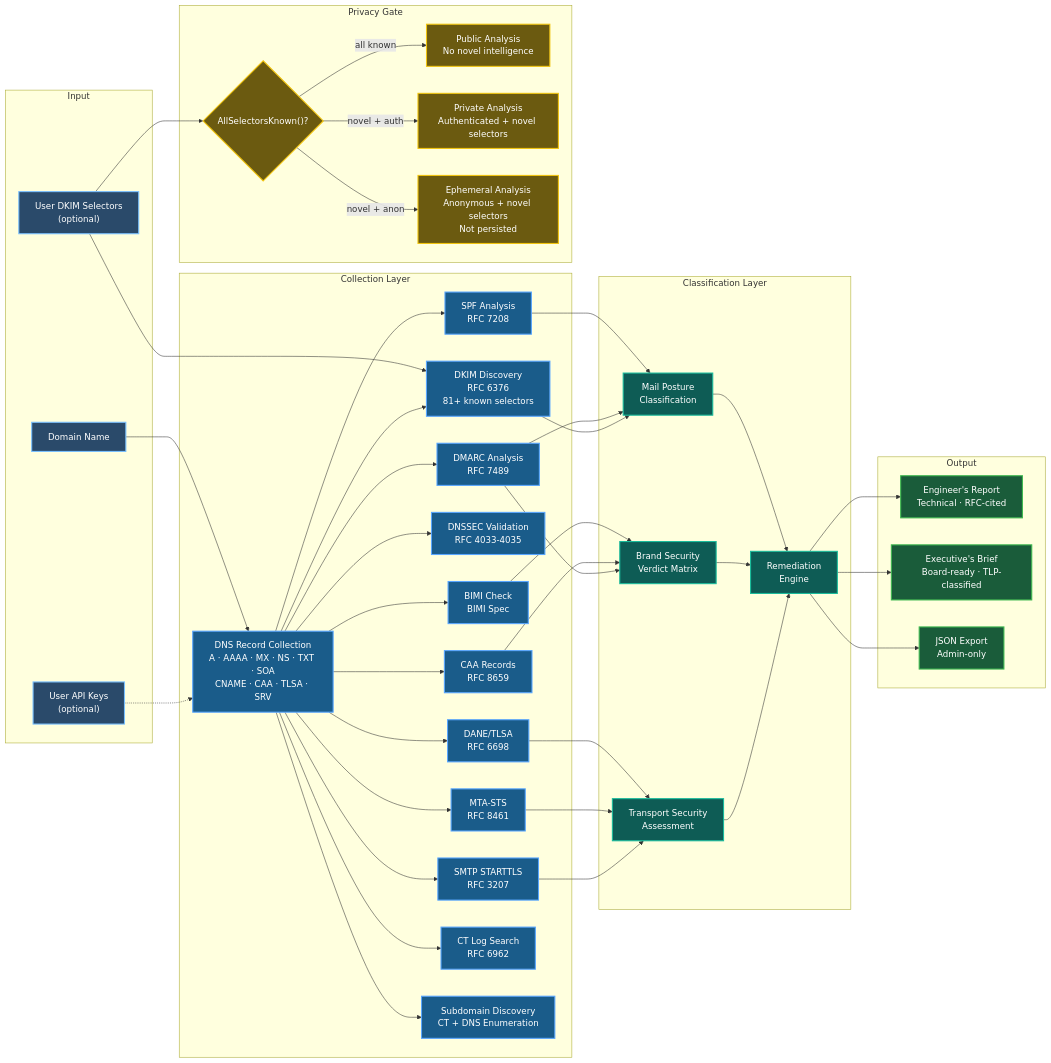
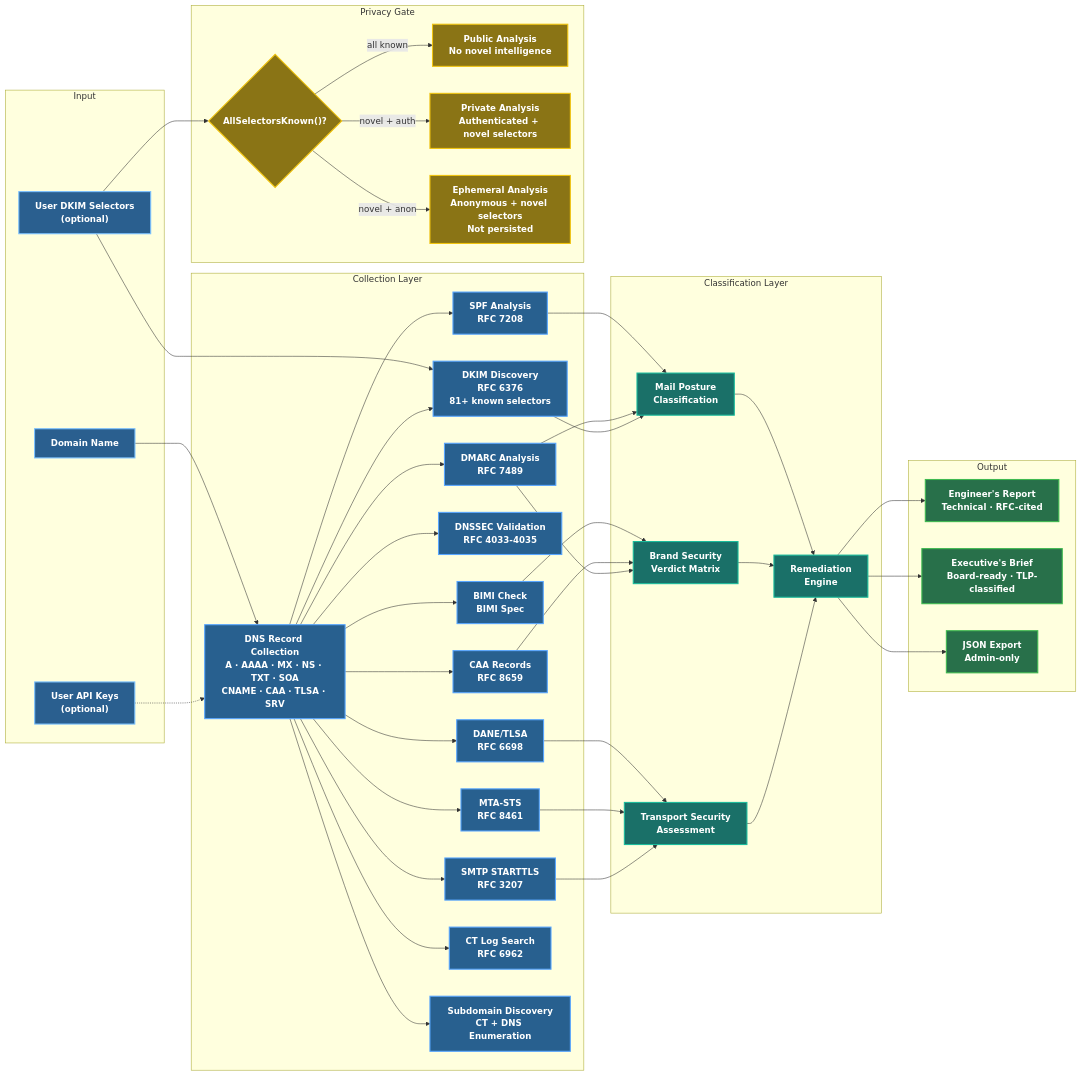
Before and after one commit to careyjames/DnsToolWeb: the second of 7 diagrams in docs/architecture/SYSTEM_ARCHITECTURE.md, drawn with Mermaid. The commit also changed other lines of this file and 8 other files, not shown here.

First line of the commit message:
Improve visualization of system architecture diagrams with brighter, more vibrant colors

````diff
--- a/docs/architecture/SYSTEM_ARCHITECTURE.md
+++ b/docs/architecture/SYSTEM_ARCHITECTURE.md
@@ -78,69 +78,69 @@
 ```mermaid
 graph LR
     subgraph "Input"
         Domain["Domain Name"]
         Selectors["User DKIM Selectors<br/>(optional)"]
         APIKeys["User API Keys<br/>(optional)"]
     end
 
     subgraph "Collection Layer"
         DNS["DNS Record Collection<br/>A · AAAA · MX · NS · TXT · SOA<br/>CNAME · CAA · TLSA · SRV"]
         SPF["SPF Analysis<br/>RFC 7208"]
         DMARC["DMARC Analysis<br/>RFC 7489"]
         DKIM["DKIM Discovery<br/>RFC 6376<br/>81+ known selectors"]
         DNSSEC["DNSSEC Validation<br/>RFC 4033-4035"]
         DANE["DANE/TLSA<br/>RFC 6698"]
         MTASTS["MTA-STS<br/>RFC 8461"]
         BIMI["BIMI Check<br/>BIMI Spec"]
         CAA["CAA Records<br/>RFC 8659"]
         SMTP2["SMTP STARTTLS<br/>RFC 3207"]
         CT2["CT Log Search<br/>RFC 6962"]
         SubD["Subdomain Discovery<br/>CT + DNS Enumeration"]
     end
 
     subgraph "Classification Layer"
         Posture["Mail Posture<br/>Classification"]
         Brand["Brand Security<br/>Verdict Matrix"]
         Transport["Transport Security<br/>Assessment"]
         Remediation["Remediation<br/>Engine"]
     end
 
     subgraph "Privacy Gate"
         Privacy{"AllSelectorsKnown()?"}
         Public["Public Analysis<br/>No novel intelligence"]
         Private["Private Analysis<br/>Authenticated + novel selectors"]
         Ephemeral["Ephemeral Analysis<br/>Anonymous + novel selectors<br/>Not persisted"]
     end
 
     subgraph "Output"
         Engineer["Engineer's Report<br/>Technical · RFC-cited"]
         Executive["Executive's Brief<br/>Board-ready · TLP-classified"]
         JSON["JSON Export<br/>Admin-only"]
     end
 
     Domain --> DNS
     Selectors --> DKIM
     APIKeys -.-> DNS
     DNS --> SPF & DMARC & DKIM & DNSSEC & DANE & MTASTS & BIMI & CAA & SMTP2 & CT2 & SubD
     SPF & DMARC & DKIM --> Posture
     BIMI & CAA & DMARC --> Brand
     DANE & MTASTS & SMTP2 --> Transport
     Posture & Brand & Transport --> Remediation
     Selectors --> Privacy
     Privacy -->|"all known"| Public
     Privacy -->|"novel + auth"| Private
     Privacy -->|"novel + anon"| Ephemeral
     Remediation --> Engineer & Executive & JSON
 
-    classDef default fill:#1b2f45,stroke:#4a90d9,stroke-width:2px,color:#f0f6fc
-    classDef rfc fill:#1a5c8a,stroke:#58a6ff,stroke-width:2px,color:#fff
-    classDef gate fill:#6b5a10,stroke:#f1c40f,stroke-width:2px,color:#fff
-    classDef output fill:#1a5c3a,stroke:#3fb950,stroke-width:2px,color:#fff
-    classDef classify fill:#0e5c55,stroke:#1abc9c,stroke-width:2px,color:#fff
-    classDef input fill:#2a4a6a,stroke:#79c0ff,stroke-width:2px,color:#fff
+    classDef default fill:#22476e,stroke:#5ba3e0,stroke-width:2px,color:#f0f6fc
+    classDef rfc fill:#28608f,stroke:#58a6ff,stroke-width:2px,color:#fff,font-weight:bold
+    classDef gate fill:#8a7415,stroke:#f1c40f,stroke-width:2px,color:#fff,font-weight:bold
+    classDef output fill:#28704a,stroke:#3fb950,stroke-width:2px,color:#fff,font-weight:bold
+    classDef classify fill:#1a7068,stroke:#1abc9c,stroke-width:2px,color:#fff,font-weight:bold
+    classDef input fill:#2a5f8f,stroke:#79c0ff,stroke-width:2px,color:#fff,font-weight:bold
     class SPF,DMARC,DKIM,DNSSEC,DANE,MTASTS,CAA,SMTP2,CT2,SubD,BIMI,DNS rfc
     class Privacy,Public,Private,Ephemeral gate
     class Engineer,Executive,JSON output
     class Posture,Brand,Transport,Remediation classify
     class Domain,Selectors,APIKeys input
 ```
````
